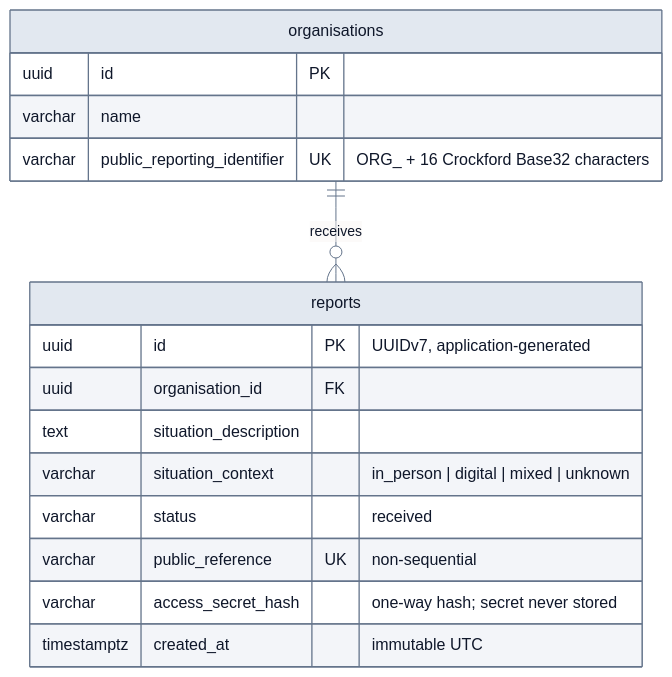
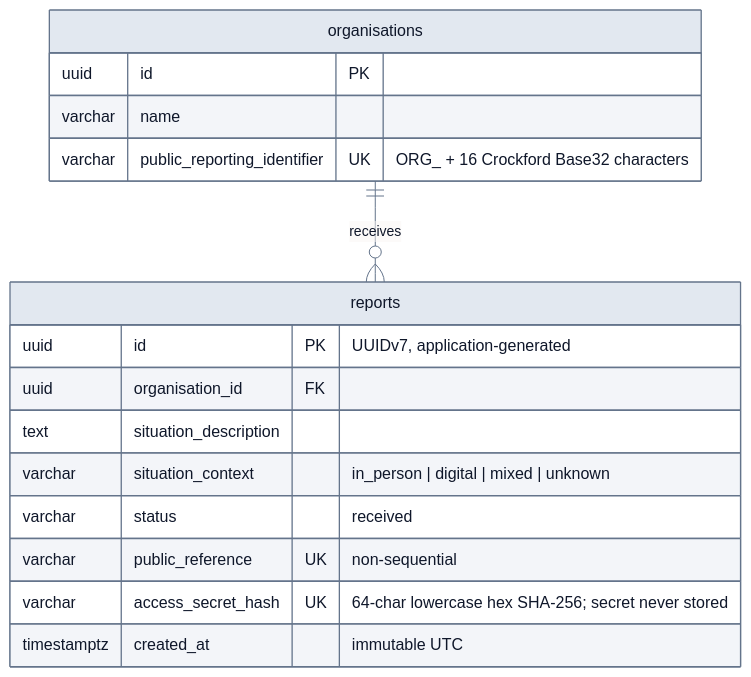
One commit to albertogalvez-dev/Convive changed the diagram in docs/architecture/diagrams/data-model.md. Above: the diagram before and after it, drawn with Mermaid. The commit also changed 8 other files, not shown here.

First line of the commit message:
refactor(reporting): extract ReportAccessSecret and constrain its persisted hash

````diff
--- a/docs/architecture/diagrams/data-model.md
+++ b/docs/architecture/diagrams/data-model.md
@@ -8,20 +8,20 @@
 ```mermaid
 %%{init: {'theme': 'base', 'themeVariables': {'primaryColor': '#E2E8F0', 'primaryTextColor': '#0F172A', 'primaryBorderColor': '#64748B', 'lineColor': '#64748B'}}}%%
 erDiagram
     organisations {
         uuid id PK
         varchar name
         varchar public_reporting_identifier UK "ORG_ + 16 Crockford Base32 characters"
     }
     reports {
         uuid id PK "UUIDv7, application-generated"
         uuid organisation_id FK
         text situation_description
         varchar situation_context "in_person | digital | mixed | unknown"
         varchar status "received"
         varchar public_reference UK "non-sequential"
-        varchar access_secret_hash "one-way hash; secret never stored"
+        varchar access_secret_hash UK "64-char lowercase hex SHA-256; secret never stored"
         timestamptz created_at "immutable UTC"
     }
     organisations ||--o{ reports : "receives"
 ```
````
